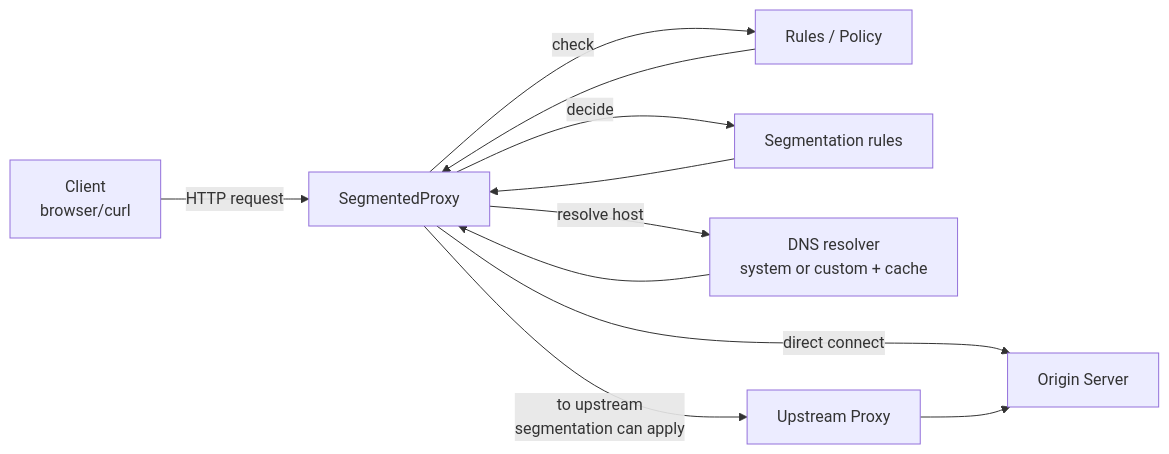
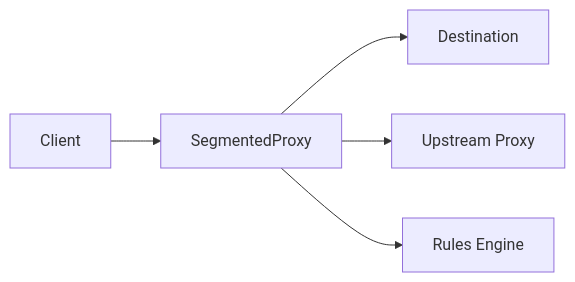
One commit to amirpooyan-r/segmented-proxy changed the diagram in docs/ARCHITECTURE.md. Above: the diagram before and after it, drawn with Mermaid. The commit also changed other lines of this file and 9 other files, not shown here.

````diff
--- a/docs/ARCHITECTURE.md
+++ b/docs/ARCHITECTURE.md
@@ -8,13 +75,7 @@
 ```mermaid
 flowchart LR
-    client[Client<br/>browser/curl] -->|HTTP request| proxy[SegmentedProxy]
-    proxy -->|check| policy[Rules / Policy]
-    policy --> proxy
-    proxy -->|decide| seg[Segmentation rules]
-    seg --> proxy
-    proxy -->|resolve host| dns[DNS resolver<br/>system or custom + cache]
-    dns --> proxy
-    proxy -->|direct connect| origin[Origin Server]
-    proxy -->|to upstream<br/>segmentation can apply| upstream[Upstream Proxy]
-    upstream --> origin
+  C[Client] --> P[SegmentedProxy]
+  P --> D[Destination]
+  P --> U[Upstream Proxy]
+  P --> R[Rules Engine]
 ```
````
